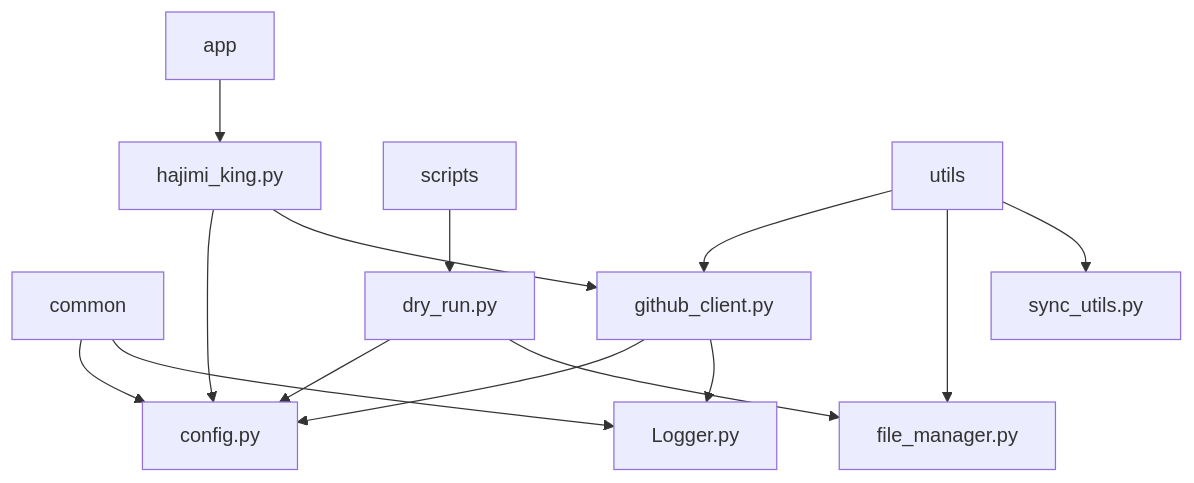
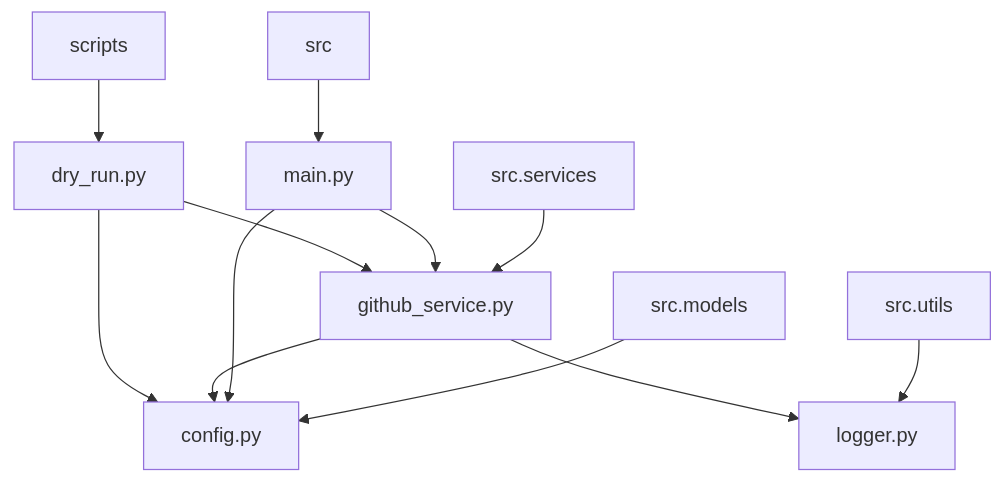
One commit to james-6-23/APIKEY-king changed the first of 2 diagrams in .qoder/repowiki/zh/content/故障排除/代理连接问题.md. Above: the diagram before and after it, drawn with Mermaid. The commit also changed other lines of this file and 49 other files, not shown here.

````diff
--- a/.qoder/repowiki/zh/content/故障排除/代理连接问题.md
+++ b/.qoder/repowiki/zh/content/故障排除/代理连接问题.md
@@ -23,16 +30,14 @@
 ```mermaid
 graph TD
-A[app] --> A1[hajimi_king.py]
-B[common] --> B1[config.py]
-B --> B2[Logger.py]
-C[scripts] --> C1[dry_run.py]
-D[utils] --> D1[github_client.py]
-D --> D2[file_manager.py]
-D --> D3[sync_utils.py]
+A[src] --> A1[main.py]
+B[src.models] --> B1[config.py]
+C[src.services] --> C1[github_service.py]
+D[scripts] --> D1[dry_run.py]
+E[src.utils] --> E1[logger.py]
 A1 --> B1
-A1 --> D1
+A1 --> C1
+C1 --> B1
+C1 --> E1
 D1 --> B1
-D1 --> B2
-C1 --> B1
-C1 --> D2
+D1 --> C1
 ```
````
